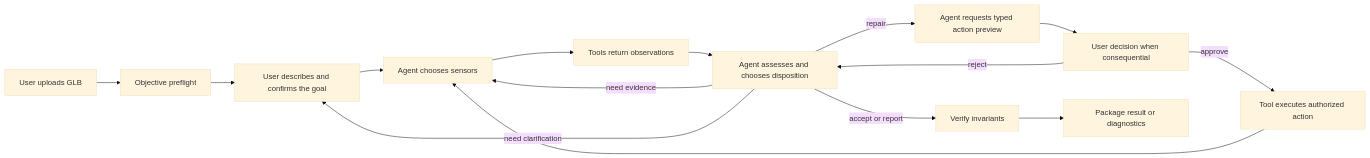
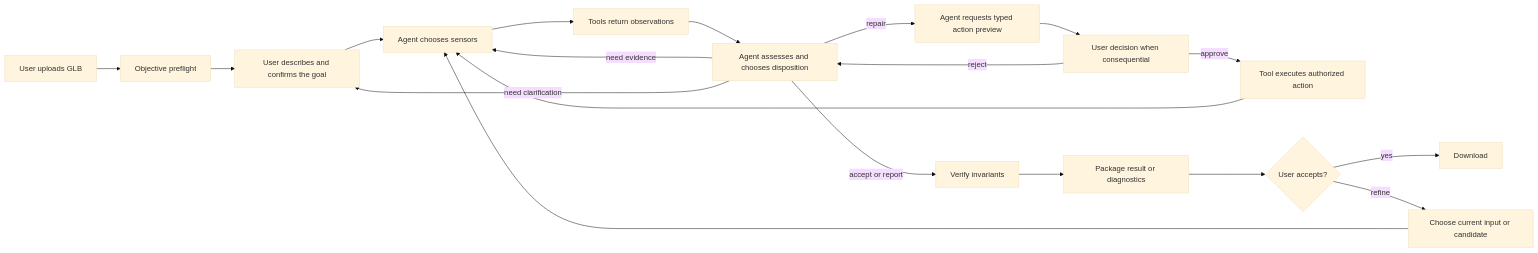
The diagram in docs/AGENT_ORCHESTRATED_WORKFLOW.md (jcgennaro/asset-shepherd), drawn with Mermaid (base theme) before and after one commit. The commit also changed other lines of this file and 29 other files, not shown here.

````diff
--- a/docs/AGENT_ORCHESTRATED_WORKFLOW.md
+++ b/docs/AGENT_ORCHESTRATED_WORKFLOW.md
@@ -96,17 +96,21 @@
 ```mermaid
 flowchart LR
     F[User uploads GLB] --> R[Objective preflight]
     R --> U[User describes and confirms the goal]
     U --> A[Agent chooses sensors]
     A --> S[Tools return observations]
     S --> J[Agent assesses and chooses disposition]
     J -->|accept or report| V[Verify invariants]
     J -->|need evidence| A
     J -->|need clarification| U
     J -->|repair| P[Agent requests typed action preview]
     P --> H[User decision when consequential]
     H -->|approve| X[Tool executes authorized action]
     H -->|reject| J
     X --> A
     V --> K[Package result or diagnostics]
+    K --> Q{User accepts?}
+    Q -->|yes| Z[Download]
+    Q -->|refine| T[Choose current input or candidate]
+    T --> A
 ```
````
